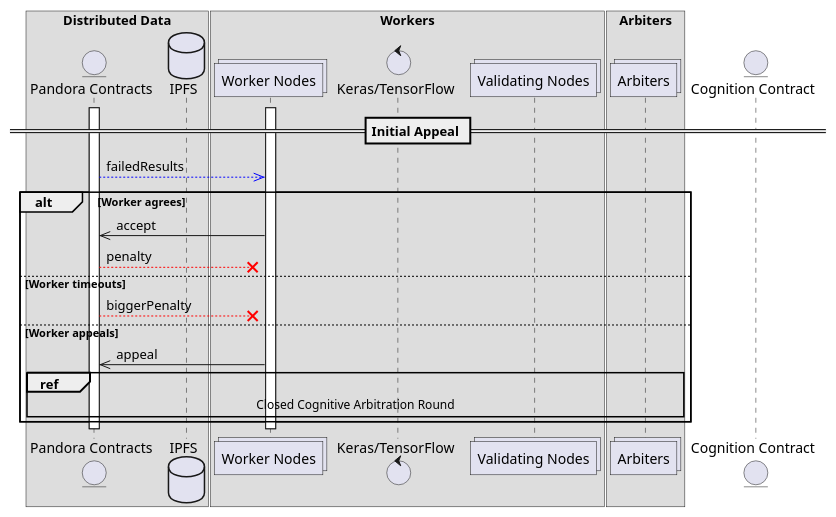
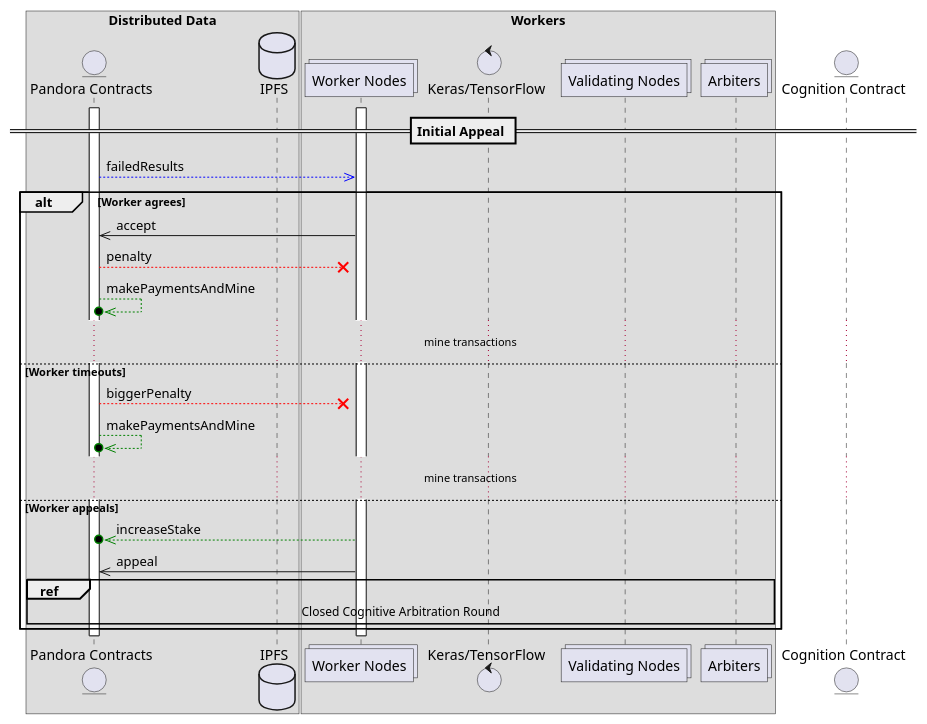
One commit to pandoraboxchain/pocw-techspecs changed the diagram in sequence_initial_appeal.plantuml. Above: the diagram before and after it, drawn with PlantUML.

```diff
--- a/sequence_initial_appeal.plantuml
+++ b/sequence_initial_appeal.plantuml
@@ -1,38 +1,40 @@
 @startuml
 box "Distributed Data"
   entity "Pandora Contracts" as pandora
   database "IPFS" as ipfs
 end box
 
 box "Workers"
   collections "Worker Nodes" as workers
   control "Keras/TensorFlow" as nn
   collections "Validating Nodes" as validators
-end box
-
-box "Arbiters"
   collections "Arbiters" as arbiters
 end box
 
 entity "Cognition Contract" as cognition
 
 == Initial Appeal ==
 
 activate pandora
 activate workers
 
 pandora -[#blue]->> workers: failedResults
 
 alt Worker agrees
   workers ->> pandora: accept
   pandora -[#red]->x workers: penalty
+  pandora -[#green]->>o pandora: makePaymentsAndMine
+  ... mine transactions ...
 else Worker timeouts
   pandora -[#red]->x workers: biggerPenalty
+  pandora -[#green]->>o pandora: makePaymentsAndMine
+  ... mine transactions ...
 else Worker appeals
+  workers -[#green]->>o pandora: increaseStake
   workers ->> pandora: appeal
   ref over pandora, arbiters: Closed Cognitive Arbitration Round
 end
 
 deactivate workers
 deactivate pandora
 @enduml
```
